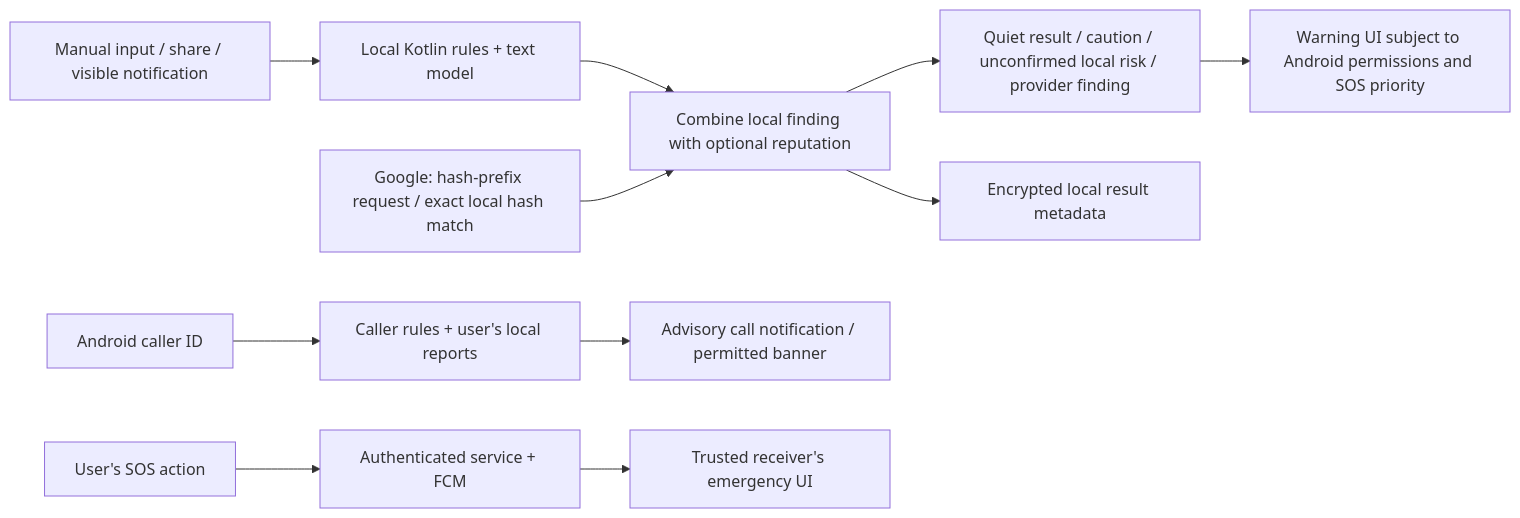
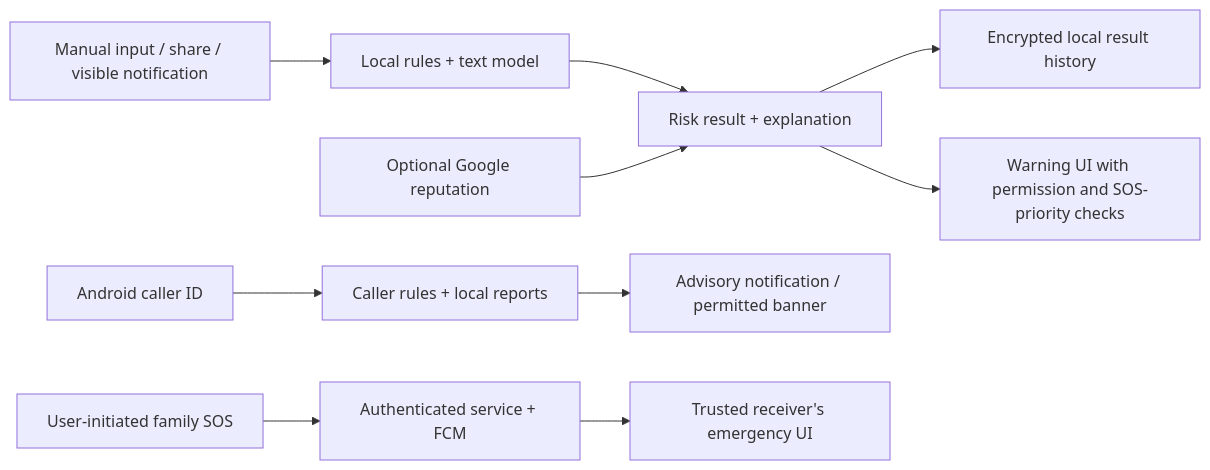
The diagram in README.md (ASRcodes/root-security), drawn with Mermaid before and after one commit. The commit also changed other lines of this file, not shown here.

````diff
--- a/README.md
+++ b/README.md
@@ -38,13 +41,12 @@
 ```mermaid
 flowchart LR
-    Input["Manual input / share / visible notification"] --> Local["Local Kotlin rules + text model"]
-    Local --> Merge["Combine local finding with optional reputation"]
-    Google["Google: hash-prefix request / exact local hash match"] --> Merge
-    Merge --> Result["Quiet result / caution / unconfirmed local risk / provider finding"]
-    Merge --> History["Encrypted local result metadata"]
-    Result --> Warning["Warning UI subject to Android permissions and SOS priority"]
-    Caller["Android caller ID"] --> CallRules["Caller rules + user's local reports"]
-    CallRules --> CallNotice["Advisory call notification / permitted banner"]
-    SOS["User's SOS action"] --> Cloud["Authenticated service + FCM"]
+    Input["Manual input / share / visible notification"] --> Local["Local rules + text model"]
+    Local --> Result["Risk result + explanation"]
+    Reputation["Optional Google reputation"] --> Result
+    Result --> History["Encrypted local result history"]
+    Result --> Warning["Warning UI with permission and SOS-priority checks"]
+    Caller["Android caller ID"] --> CallRules["Caller rules + local reports"]
+    CallRules --> CallNotice["Advisory notification / permitted banner"]
+    SOS["User-initiated family SOS"] --> Cloud["Authenticated service + FCM"]
     Cloud --> Family["Trusted receiver's emergency UI"]
 ```
````
